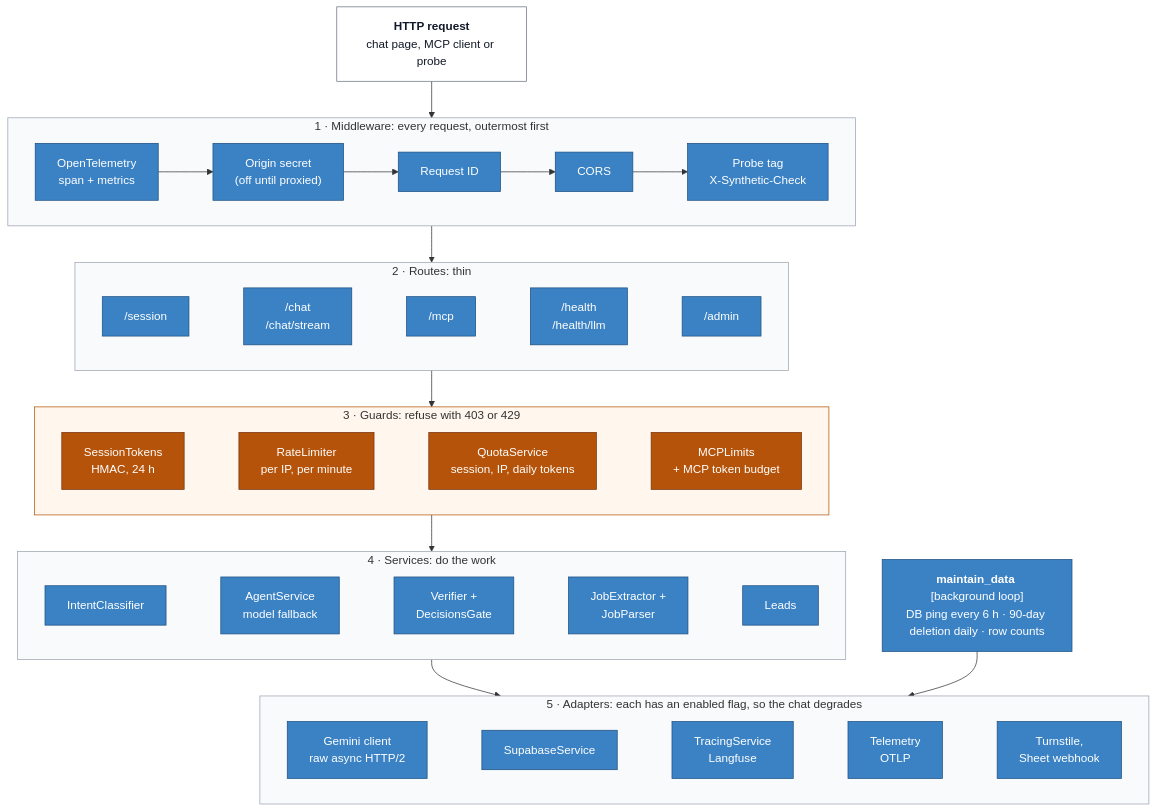
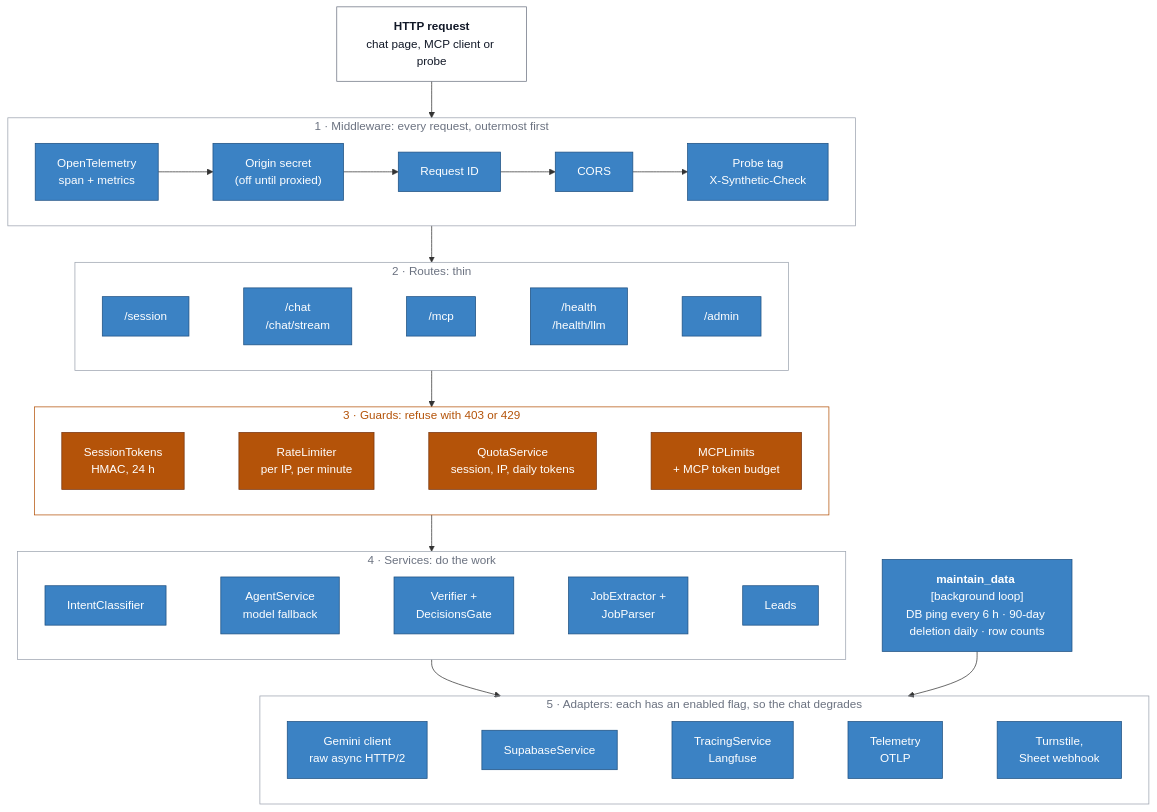
The third of 11 diagrams in docs/ARCHITECTURE.md (Rayhanpatel/AI-Resume-Agent), drawn with Mermaid before and after one commit. The commit also changed other lines of this file and 8 other files, not shown here.

First line of the commit message:
Docs that stay true: drift tests, diagram rendering in CI, dark mode, accessibility

````diff
--- a/docs/ARCHITECTURE.md
+++ b/docs/ARCHITECTURE.md
@@ -135,41 +139,43 @@
 ```mermaid
 flowchart TB
+    accTitle: Backend components in five layers
+    accDescr: A request passes middleware, a thin route, guards that can refuse it, services that do the work, and adapters to external services. A background loop maintains the database.
     req["<b>HTTP request</b><br/>chat page, MCP client or probe"]
 
     subgraph L1["1 · Middleware: every request, outermost first"]
         direction LR
         m1["OpenTelemetry<br/>span + metrics"] --> m2["Origin secret<br/>(off until proxied)"] --> m3["Request ID"] --> m4["CORS"] --> m5["Probe tag<br/>X-Synthetic-Check"]
     end
     subgraph L2["2 · Routes: thin"]
         direction LR
         r1["/session"] ~~~ r2["/chat<br/>/chat/stream"] ~~~ r3["/mcp"] ~~~ r4["/health<br/>/health/llm"] ~~~ r5["/admin"]
     end
     subgraph L3["3 · Guards: refuse with 403 or 429"]
         direction LR
         g1["SessionTokens<br/>HMAC, 24 h"] ~~~ g2["RateLimiter<br/>per IP, per minute"] ~~~ g3["QuotaService<br/>session, IP, daily tokens"] ~~~ g4["MCPLimits<br/>+ MCP token budget"]
     end
     subgraph L4["4 · Services: do the work"]
         direction LR
         s1["IntentClassifier"] ~~~ s2["AgentService<br/>model fallback"] ~~~ s3["Verifier +<br/>DecisionsGate"] ~~~ s4["JobExtractor +<br/>JobParser"] ~~~ s5["Leads"]
     end
     subgraph L5["5 · Adapters: each has an enabled flag, so the chat degrades"]
         direction LR
         a1["Gemini client<br/>raw async HTTP/2"] ~~~ a2["SupabaseService"] ~~~ a3["TracingService<br/>Langfuse"] ~~~ a4["Telemetry<br/>OTLP"] ~~~ a5["Turnstile,<br/>Sheet webhook"]
     end
     bg["<b>maintain_data</b> [background loop]<br/>DB ping every 6 h · 90-day deletion daily · row counts"]
 
     req --> L1 --> L2 --> L3 --> L4 --> L5
     bg --> L5
 
     classDef layer fill:#3b82c4,stroke:#1d4f80,color:#ffffff
     classDef guard fill:#b45309,stroke:#78350f,color:#ffffff
     classDef plain fill:#ffffff,stroke:#6b7280,color:#111827
     class m1,m2,m3,m4,m5,r1,r2,r3,r4,r5,s1,s2,s3,s4,s5,a1,a2,a3,a4,a5,bg layer
     class g1,g2,g3,g4 guard
     class req plain
-    style L1 fill:#f8fafc,stroke:#9ca3af
-    style L2 fill:#f8fafc,stroke:#9ca3af
-    style L3 fill:#fff7ed,stroke:#b45309
-    style L4 fill:#f8fafc,stroke:#9ca3af
-    style L5 fill:#f8fafc,stroke:#9ca3af
+    style L1 fill:none,stroke:#9ca3af,color:#6b7280
+    style L2 fill:none,stroke:#9ca3af,color:#6b7280
+    style L3 fill:none,stroke:#b45309,color:#b45309
+    style L4 fill:none,stroke:#9ca3af,color:#6b7280
+    style L5 fill:none,stroke:#9ca3af,color:#6b7280
 ```
````
